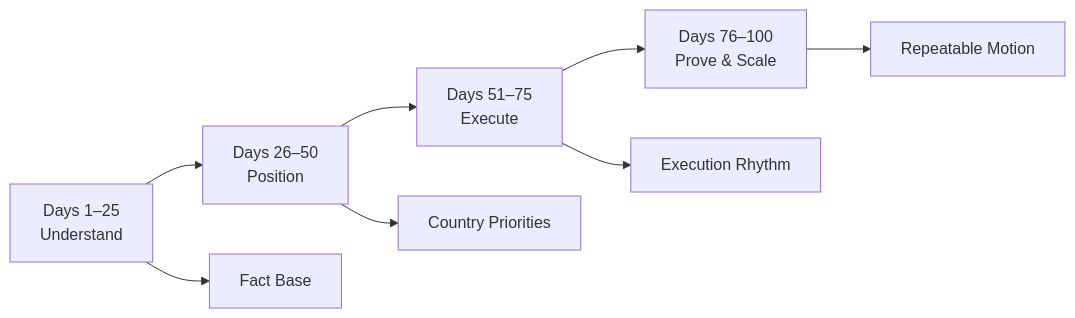
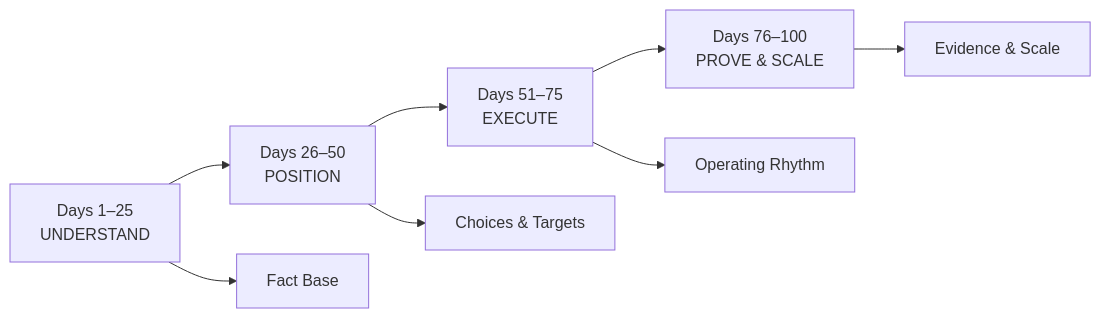
The second of 6 diagrams in examples/how-i-would-build-an-ai-country-business.md (psilva-git/enterprise-ai-delivery), drawn with Mermaid before and after one commit. The commit also changed other lines of this file, not shown here.

Commit message:
Strengthen 100-day country blueprint with commercial leadership methods

````diff
--- a/examples/how-i-would-build-an-ai-country-business.md
+++ b/examples/how-i-would-build-an-ai-country-business.md
@@ -40,11 +41,11 @@
 ```mermaid
 flowchart LR
-    P1[Days 1–25\nUnderstand] --> P2[Days 26–50\nPosition]
-    P2 --> P3[Days 51–75\nExecute]
-    P3 --> P4[Days 76–100\nProve & Scale]
+    P1[Days 1–25\nUNDERSTAND] --> P2[Days 26–50\nPOSITION]
+    P2 --> P3[Days 51–75\nEXECUTE]
+    P3 --> P4[Days 76–100\nPROVE & SCALE]
 
     P1 --> O1[Fact Base]
-    P2 --> O2[Country Priorities]
-    P3 --> O3[Execution Rhythm]
-    P4 --> O4[Repeatable Motion]
+    P2 --> O2[Choices & Targets]
+    P3 --> O3[Operating Rhythm]
+    P4 --> O4[Evidence & Scale]
 ```
````
